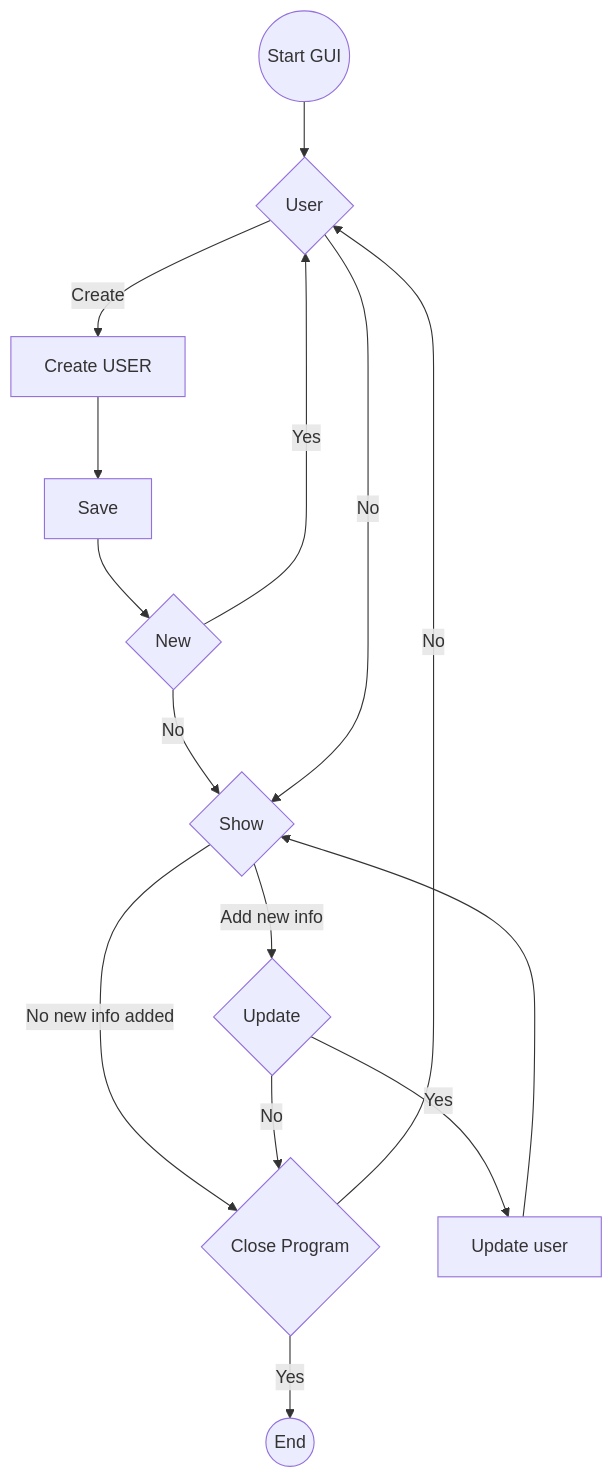
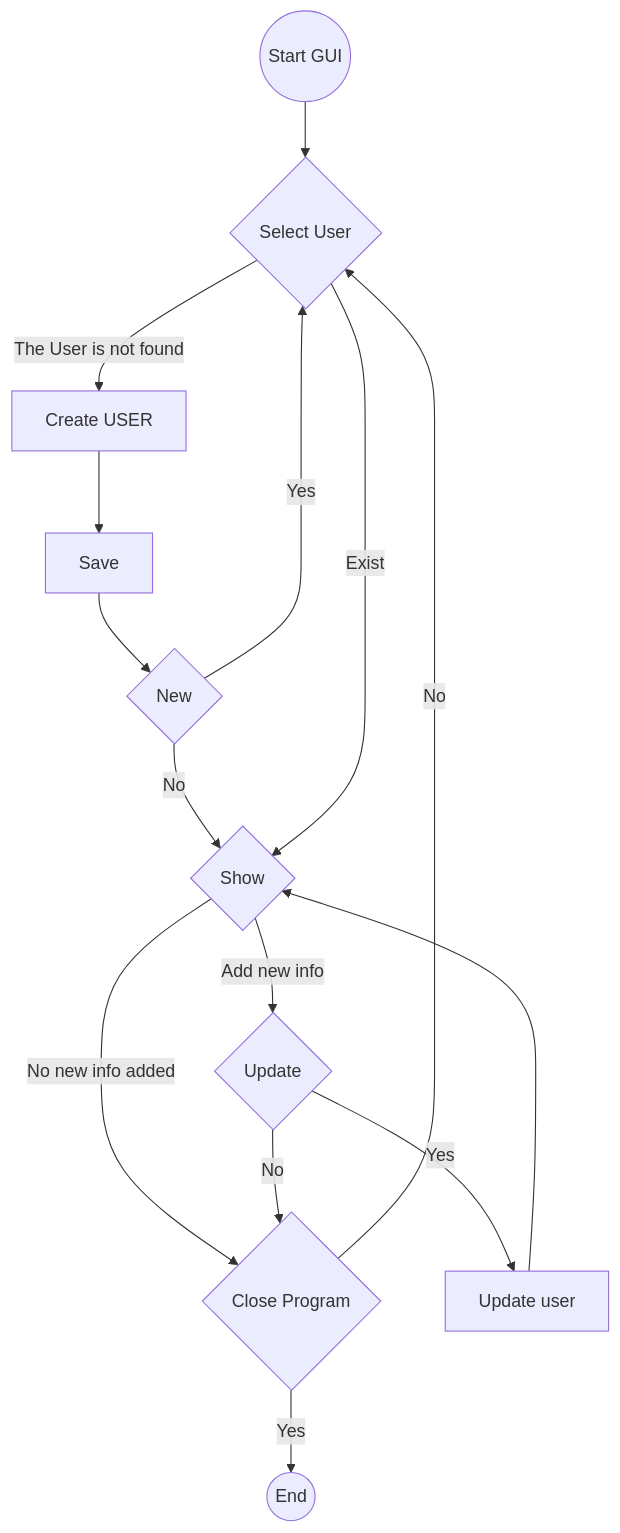
The diagram in Flowchart.md (skqu/kalorycounter), drawn with Mermaid before and after one commit.

Commit message:
Update Flowchart.md
Opdateret kaldenavne

````diff
--- a/Flowchart.md
+++ b/Flowchart.md
@@ -1,19 +1,19 @@
 ```mermaid
 flowchart TD
     A((Start GUI)) -->B
-    B{User}
-    B -->|Create|C[Create USER]
+    B{Select User}
+    B -->|The User is not found|C[Create USER]
     C-->E[Save]
     E-->F{New}
     F-->|Yes|B
     F-->|No|D
-    B -->|No|D{Show}
+    B -->|Exist|D{Show}
     D-->|No new info added|J
     D-->|Add new info|H{Update}
     H-->|Yes|K[Update user]
     K-->D
     H-->|No|J{Close Program}
     J-->|No|B
     J-->|Yes|I((End))
 
 ```
````
